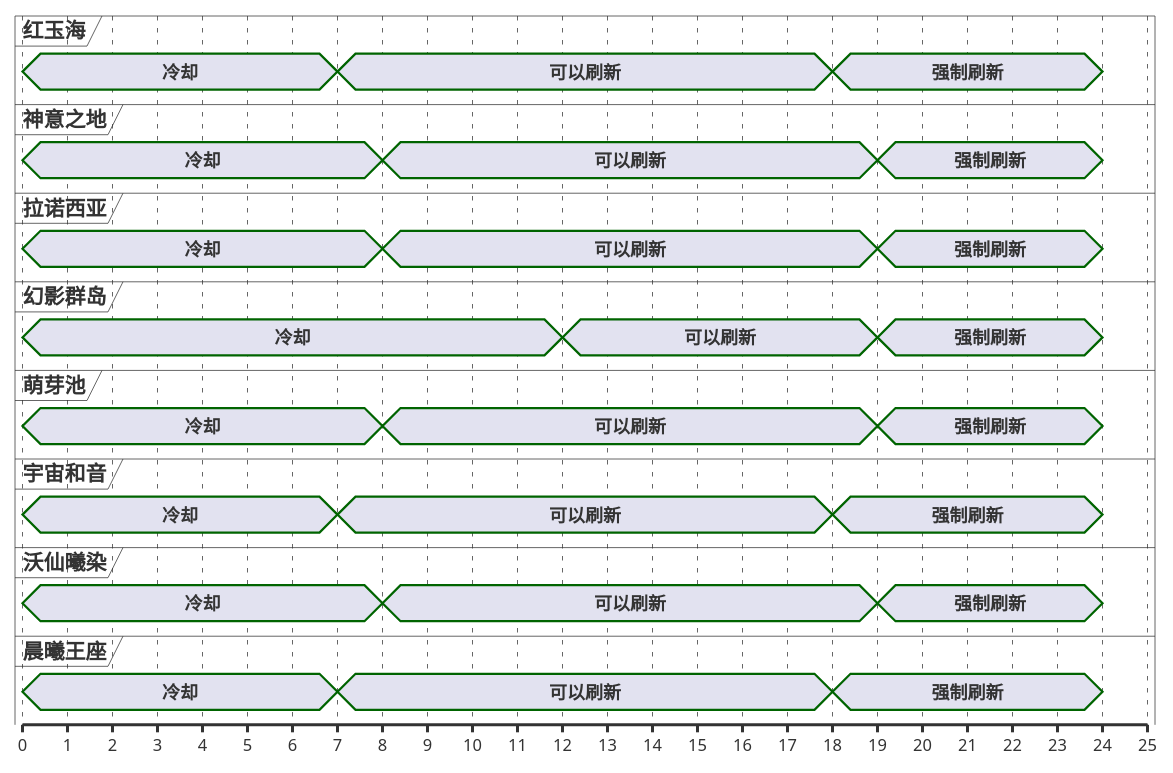
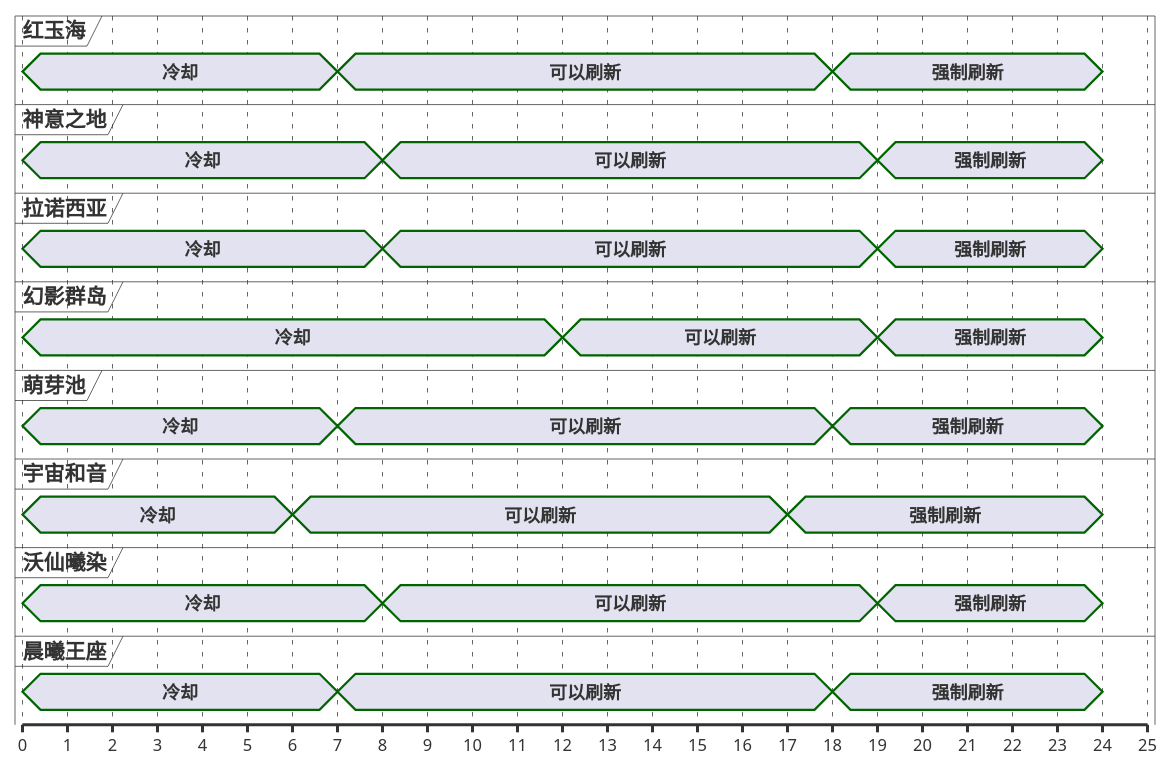
Before and after one commit to Eroleice/doc-pi: the first of 13 diagrams in ffxiv/hunt/2.0/Thousand-cast-Theda.md, drawn with PlantUML. The commit also changed other lines of this file and 38 other files, not shown here.

````diff
--- a/ffxiv/hunt/2.0/Thousand-cast-Theda.md
+++ b/ffxiv/hunt/2.0/Thousand-cast-Theda.md
@@ -33,63 +33,63 @@
 ```plantuml
 @startuml
 scale 1 as 30 pixels
 
 concise 红玉海
 concise 神意之地
 concise 拉诺西亚
 concise 幻影群岛
 concise 萌芽池
 concise 宇宙和音
 concise 沃仙曦染
 concise 晨曦王座
 
 @宇宙和音
 0 is 冷却
-7 is 可以刷新
-18 is 强制刷新
+6 is 可以刷新
+17 is 强制刷新
 24 is {hidden}
 
 @红玉海
 0 is 冷却
 7 is 可以刷新
 18 is 强制刷新
 24 is {hidden}
 
 @晨曦王座
 0 is 冷却
 7 is 可以刷新
 18 is 强制刷新
 24 is {hidden}
 
 @萌芽池
 0 is 冷却
-8 is 可以刷新
-19 is 强制刷新
+7 is 可以刷新
+18 is 强制刷新
 24 is {hidden}
 
 @沃仙曦染
 0 is 冷却
 8 is 可以刷新
 19 is 强制刷新
 24 is {hidden}
 
 @神意之地
 0 is 冷却
 8 is 可以刷新
 19 is 强制刷新
 24 is {hidden}
 
 @拉诺西亚
 0 is 冷却
 8 is 可以刷新
 19 is 强制刷新
 24 is {hidden}
 
 @幻影群岛
 0 is 冷却
 12 is 可以刷新
 19 is 强制刷新
 24 is {hidden}
 
 @enduml
 ```
````
